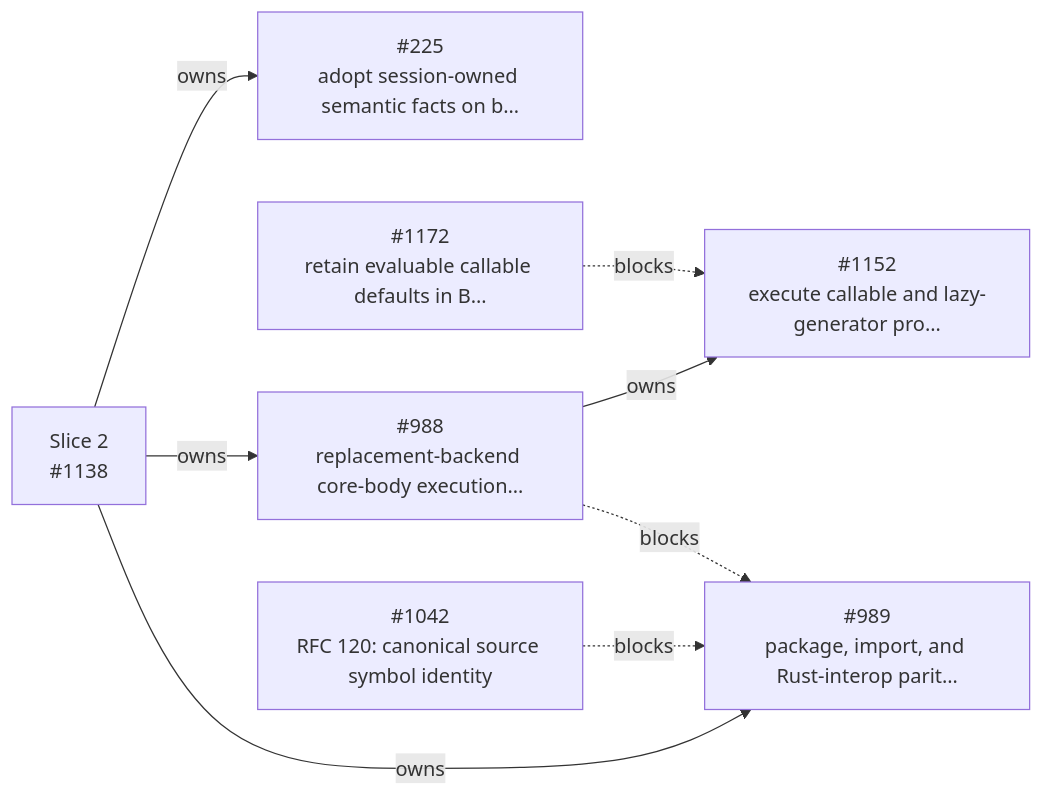
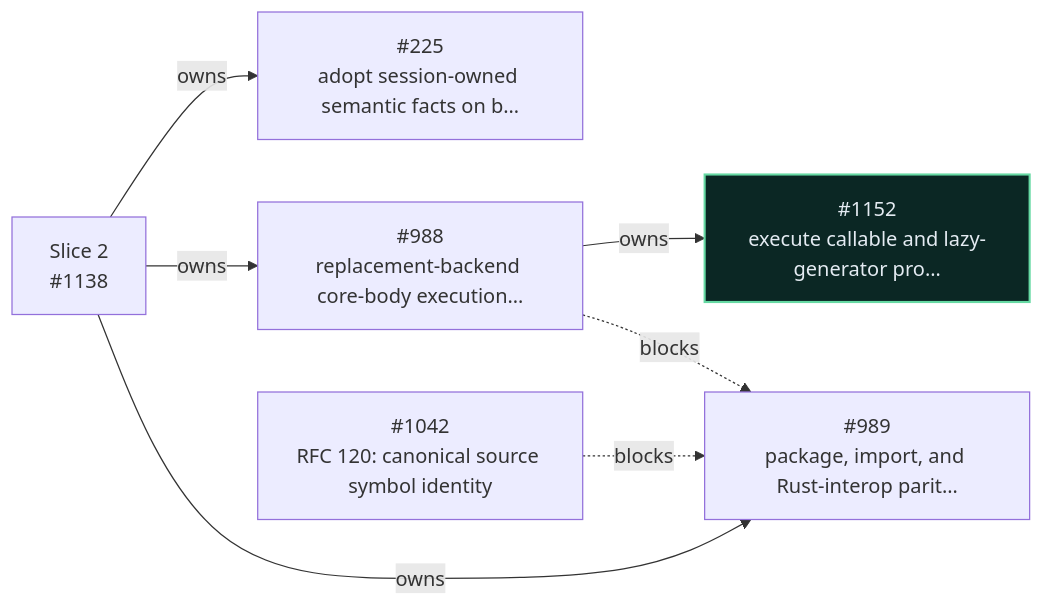
Before and after one commit to dannys-code-corner/incan: the second of 8 diagrams in workspaces/docs-site/docs/_snippets/project/v0_6_roadmap.md, drawn with Mermaid. The commit also changed other lines of this file, not shown here.

````diff
--- a/workspaces/docs-site/docs/_snippets/project/v0_6_roadmap.md
+++ b/workspaces/docs-site/docs/_snippets/project/v0_6_roadmap.md
@@ -150,24 +164,23 @@
 ```mermaid
 flowchart LR
   i225["#225<br/>adopt session-owned semantic facts on b…"]
   i988["#988<br/>replacement-backend core-body execution…"]
   i989["#989<br/>package, import, and Rust-interop parit…"]
   i1042["#1042<br/>RFC 120: canonical source symbol identity"]
   s1138["Slice 2<br/>#1138"]
   i1152["#1152<br/>execute callable and lazy-generator pro…"]
-  i1172["#1172<br/>retain evaluable callable defaults in B…"]
   s1138 -- owns --> i225
   s1138 -- owns --> i988
   s1138 -- owns --> i989
   i988 -- owns --> i1152
   i1042 -. blocks .-> i989
   i988 -. blocks .-> i989
-  i1172 -. blocks .-> i1152
+  classDef incv06complete fill:#0b2724,stroke:#66d9a3,color:#e4ebf2,stroke-width:1.7px
+  class i1152 incv06complete
   click i225 href "https://github.com/encero-systems/incan/issues/225" "Open #225 on GitHub"
   click i988 href "https://github.com/encero-systems/incan/issues/988" "Open #988 on GitHub"
   click i989 href "https://github.com/encero-systems/incan/issues/989" "Open #989 on GitHub"
   click i1042 href "https://github.com/encero-systems/incan/issues/1042" "Open #1042 on GitHub"
   click s1138 href "https://github.com/encero-systems/incan/issues/1138" "Open #1138 on GitHub"
   click i1152 href "https://github.com/encero-systems/incan/issues/1152" "Open #1152 on GitHub"
-  click i1172 href "https://github.com/encero-systems/incan/issues/1172" "Open #1172 on GitHub"
 ```
````
